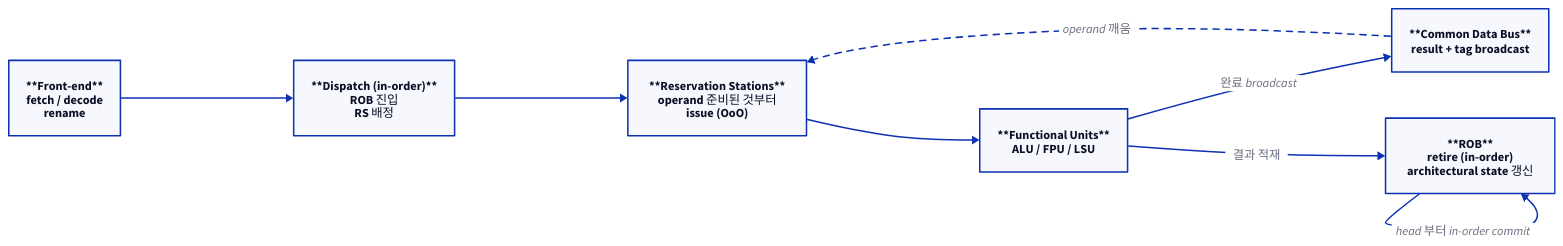
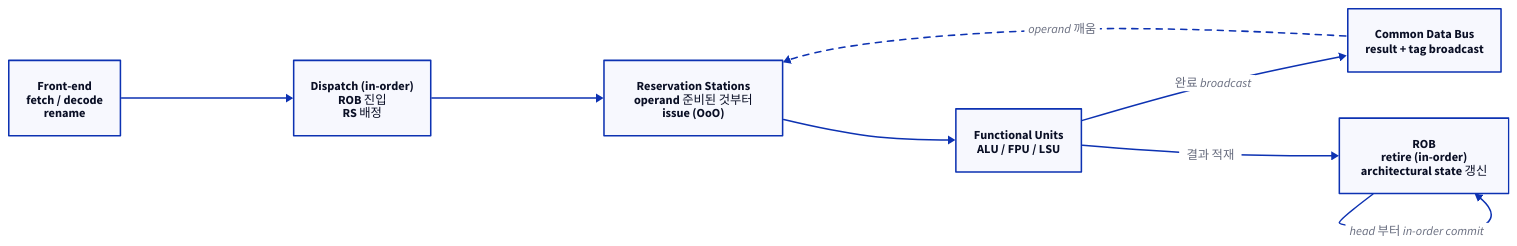
Before and after one commit to humbleowl39/DV_SKOOL: the first of 2 diagrams in starlight_site/src/content/docs/computer_architecture/07_ooo_motivation.md, drawn with D2. The commit also changed other lines of this file and 714 other files, not shown here.

First line of the commit message:
fix(site): d2 다이어그램 가독성 결함 6종 일괄 수정

````diff
--- a/starlight_site/src/content/docs/computer_architecture/07_ooo_motivation.md
+++ b/starlight_site/src/content/docs/computer_architecture/07_ooo_motivation.md
@@ -42,16 +42,16 @@
 ```d2
 direction: right
 
-FE: "**Front-end**\nfetch / decode\nrename"
-DISP: "**Dispatch (in-order)**\nROB 진입\nRS 배정"
-RS: "**Reservation Stations**\noperand 준비된 것부터\nissue (OoO)"
-FU: "**Functional Units**\nALU / FPU / LSU"
-CDB: "**Common Data Bus**\nresult + tag broadcast"
-ROB: "**ROB**\nretire (in-order)\narchitectural state 갱신"
+FE: "Front-end\nfetch / decode\nrename"
+DISP: "Dispatch (in-order)\nROB 진입\nRS 배정"
+RS: "Reservation Stations\noperand 준비된 것부터\nissue (OoO)"
+FU: "Functional Units\nALU / FPU / LSU"
+CDB: "Common Data Bus\nresult + tag broadcast"
+ROB: "ROB\nretire (in-order)\narchitectural state 갱신"
 
 FE -> DISP -> RS -> FU
 FU -> CDB: "완료 broadcast"
 CDB -> RS: "operand 깨움" { style.stroke-dash: 4 }
 FU -> ROB: "결과 적재"
 ROB -> ROB: "head 부터 in-order commit"
 ```
````
